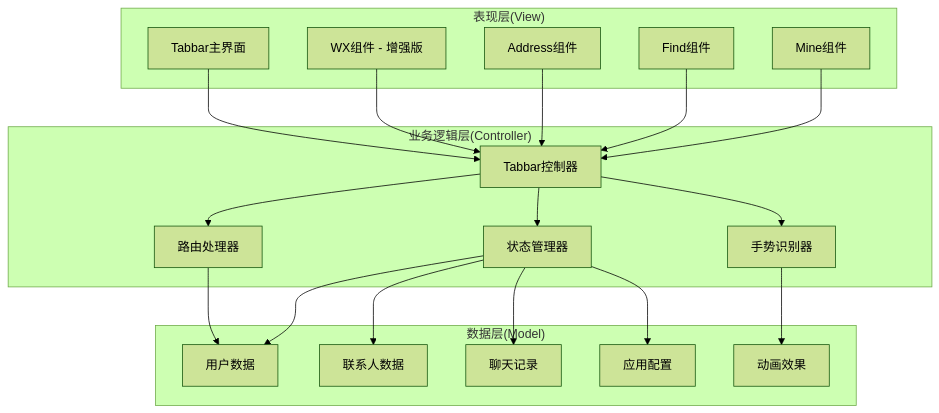
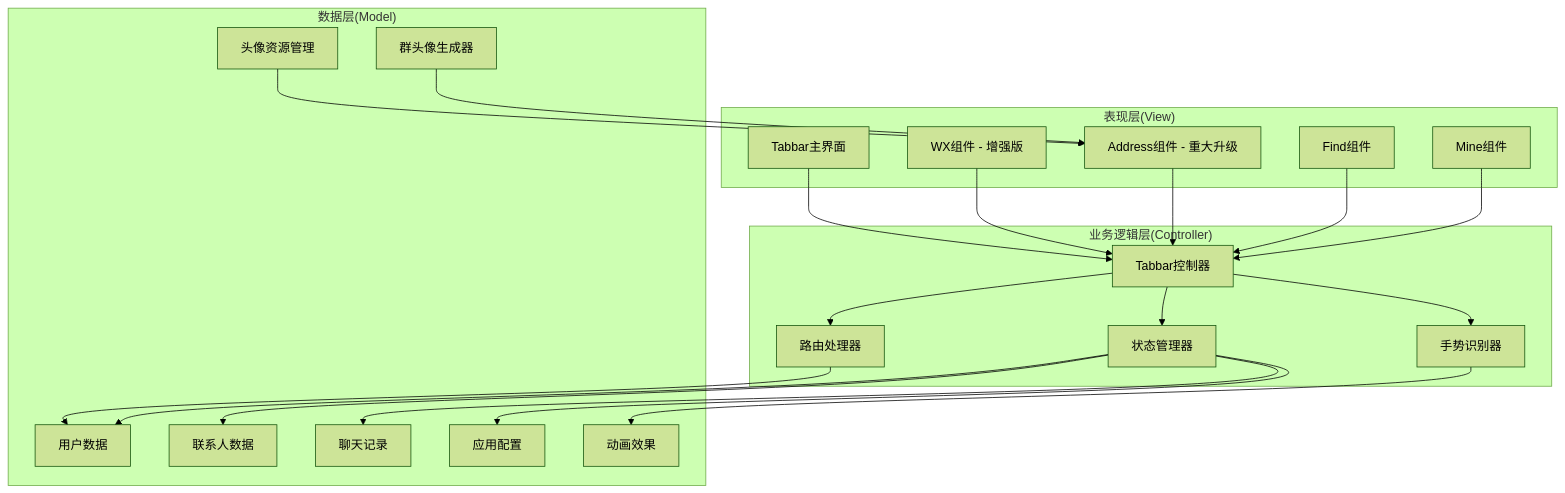
The second of 10 diagrams in .qoder/repowiki/zh/content/Tabbar System.md (giserman001/vue3-vant4-mobile), drawn with Mermaid (forest theme) before and after one commit. The commit also changed other lines of this file and 3 other files, not shown here.

````diff
--- a/.qoder/repowiki/zh/content/Tabbar System.md
+++ b/.qoder/repowiki/zh/content/Tabbar System.md
@@ -103,37 +110,41 @@
 ```mermaid
 graph TD
 subgraph "表现层(View)"
 A[Tabbar主界面]
 B[WX组件 - 增强版]
-C[Address组件]
+C[Address组件 - 重大升级]
 D[Find组件]
 E[Mine组件]
 end
 subgraph "业务逻辑层(Controller)"
 F[Tabbar控制器]
 G[路由处理器]
 H[状态管理器]
 I[手势识别器]
 end
 subgraph "数据层(Model)"
 J[用户数据]
 K[联系人数据]
 L[聊天记录]
 M[应用配置]
 N[动画效果]
+O[头像资源管理]
+P[群头像生成器]
 end
 A --> F
 B --> F
 C --> F
 D --> F
 E --> F
 F --> G
 F --> H
 F --> I
 G --> J
 H --> J
 H --> K
 H --> L
 H --> M
 I --> N
+O --> C
+P --> C
 ```
````
